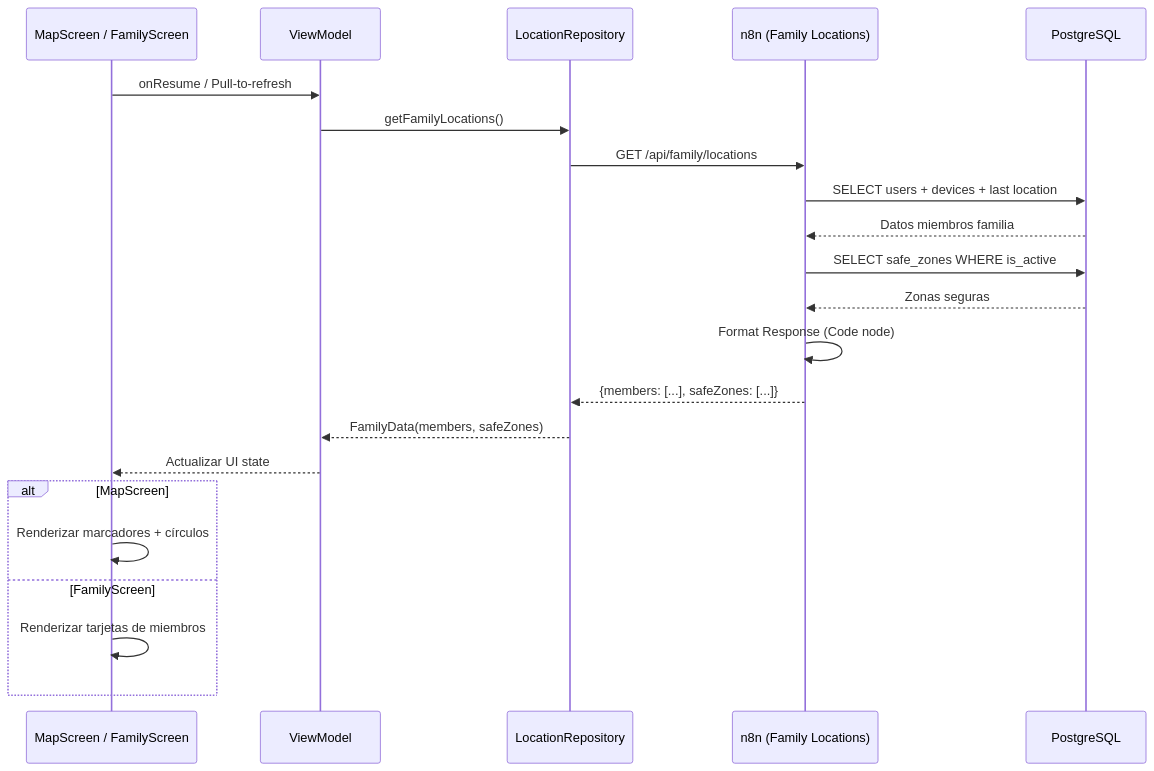
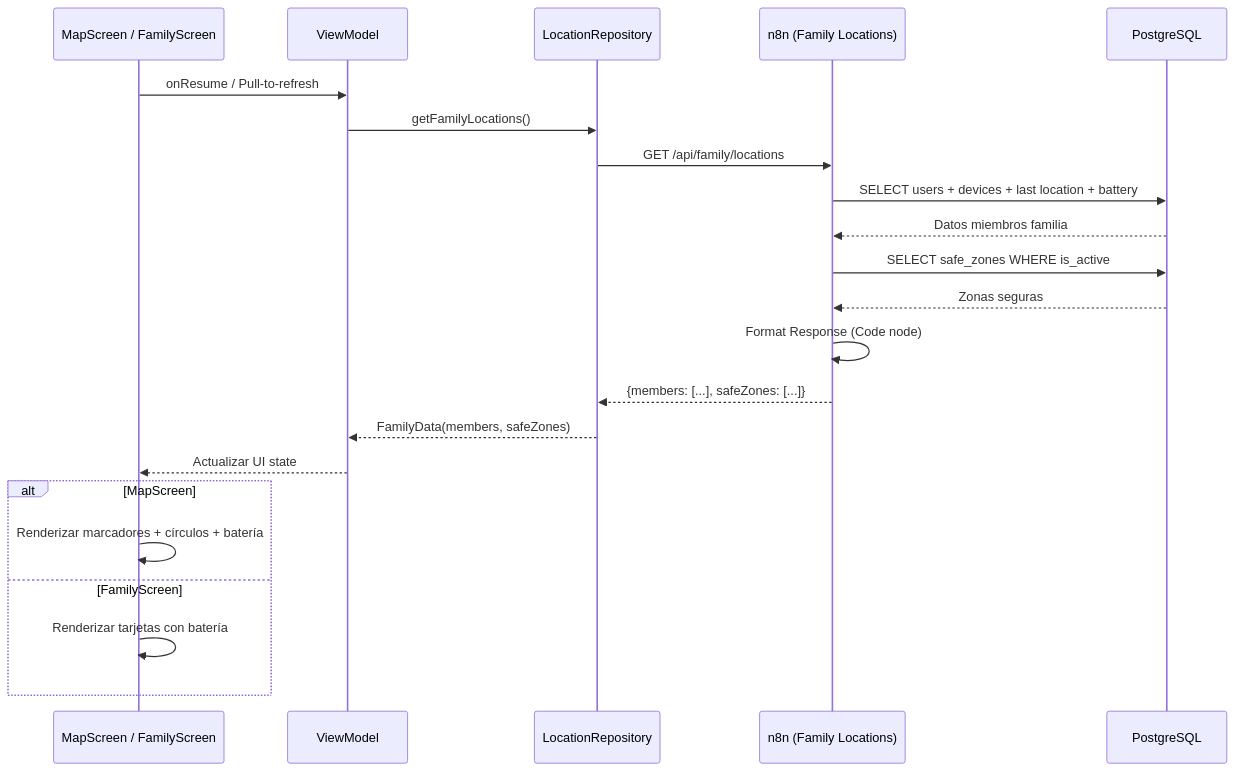
The sixth of 16 diagrams in docs/architecture.md (monghithub/familitrack), drawn with Mermaid before and after one commit. The commit also changed other lines of this file and 7 other files, not shown here.

````diff
--- a/docs/architecture.md
+++ b/docs/architecture.md
@@ -227,28 +298,28 @@
 ```mermaid
 sequenceDiagram
     participant UI as MapScreen / FamilyScreen
     participant VM as ViewModel
     participant REPO as LocationRepository
     participant N8N as n8n (Family Locations)
     participant DB as PostgreSQL
 
     UI->>VM: onResume / Pull-to-refresh
     VM->>REPO: getFamilyLocations()
     REPO->>N8N: GET /api/family/locations
 
-    N8N->>DB: SELECT users + devices + last location
+    N8N->>DB: SELECT users + devices + last location + battery
     DB-->>N8N: Datos miembros familia
     N8N->>DB: SELECT safe_zones WHERE is_active
     DB-->>N8N: Zonas seguras
 
     N8N->>N8N: Format Response (Code node)
     N8N-->>REPO: {members: [...], safeZones: [...]}
     REPO-->>VM: FamilyData(members, safeZones)
     VM-->>UI: Actualizar UI state
 
     alt MapScreen
-        UI->>UI: Renderizar marcadores + círculos
+        UI->>UI: Renderizar marcadores + círculos + batería
     else FamilyScreen
-        UI->>UI: Renderizar tarjetas de miembros
+        UI->>UI: Renderizar tarjetas con batería
     end
 ```
````
